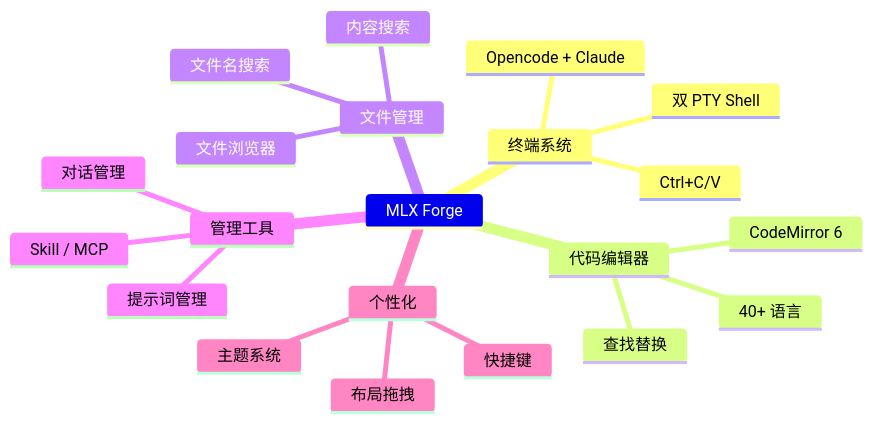
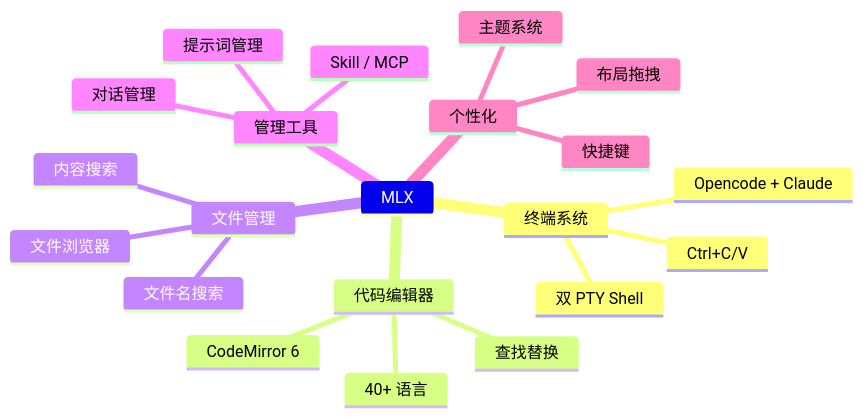
One commit to miaoluxin/MLXHOME changed the first of 2 diagrams in docs/features_CN.md. Above: the diagram before and after it, drawn with Mermaid. The commit also changed other lines of this file and 13 other files, not shown here.

````diff
--- a/docs/features_CN.md
+++ b/docs/features_CN.md
@@ -3,24 +3,24 @@
 ```mermaid
 mindmap
-  MLX Forge
+  MLX
     终端系统
       双 PTY Shell
       Opencode + Claude
       Ctrl+C/V
     代码编辑器
       CodeMirror 6
       40+ 语言
       查找替换
     文件管理
       文件浏览器
       文件名搜索
       内容搜索
     管理工具
       对话管理
       提示词管理
       Skill / MCP
     个性化
       主题系统
       布局拖拽
       快捷键
 ```
````
